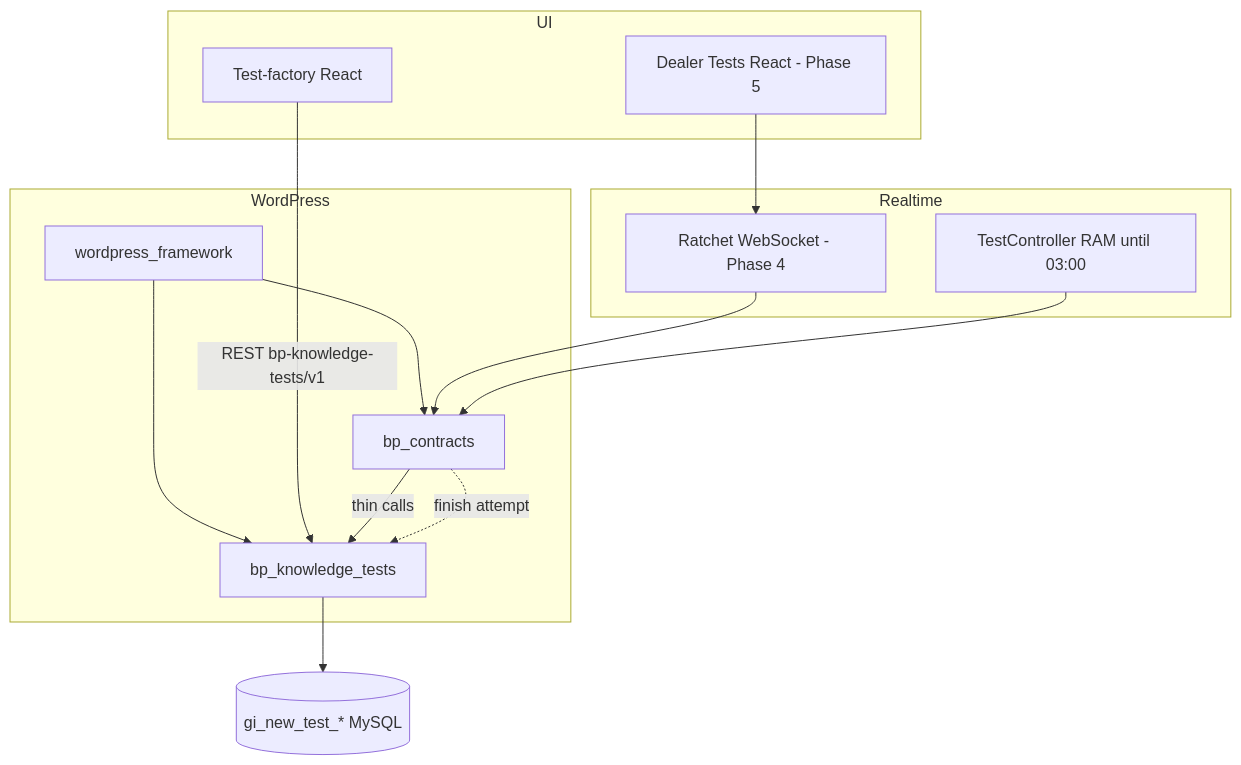
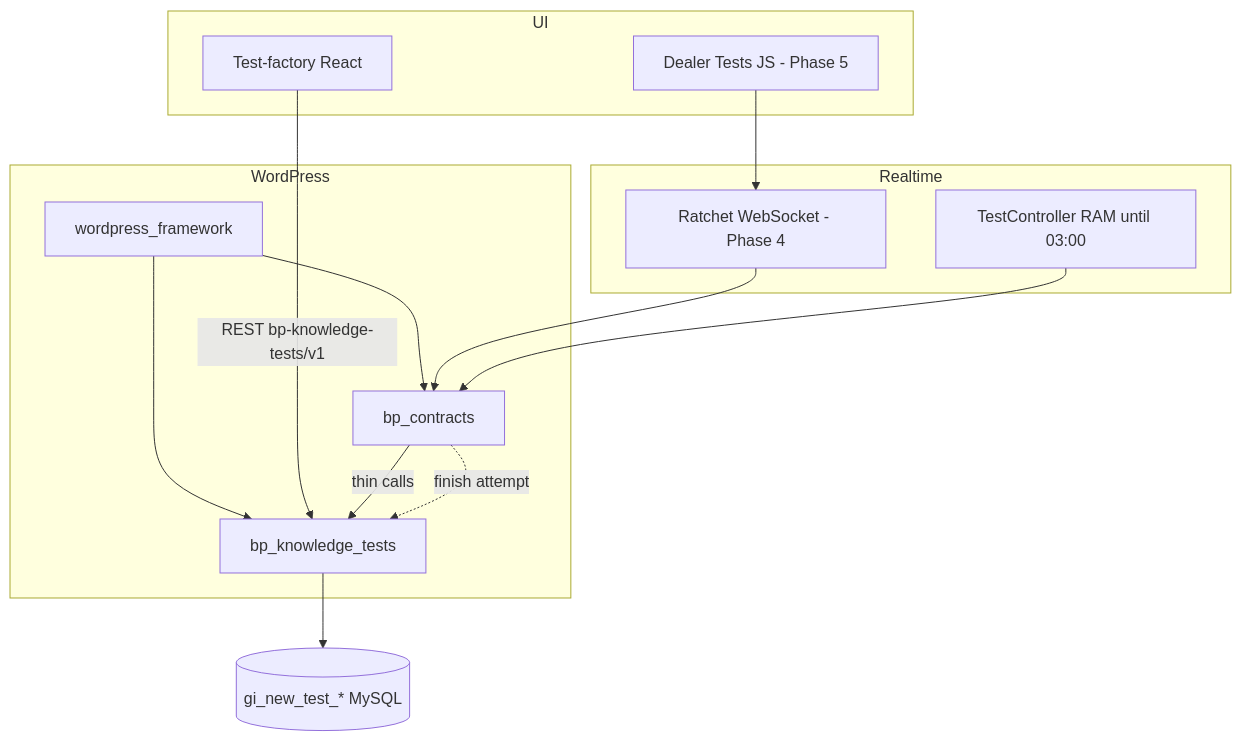
One commit to All-1/gi-by changed the diagram in public/wp-content/plugins/bp_knowledge_tests/PROJECT_CONTEXT.md. Above: the diagram before and after it, drawn with Mermaid. The commit also changed other lines of this file and 9 other files, not shown here.

````diff
--- a/public/wp-content/plugins/bp_knowledge_tests/PROJECT_CONTEXT.md
+++ b/public/wp-content/plugins/bp_knowledge_tests/PROJECT_CONTEXT.md
@@ -51,27 +51,27 @@
 ```mermaid
 flowchart TB
   subgraph wp [WordPress]
     KT[bp_knowledge_tests]
     BC[bp_contracts]
     FW[wordpress_framework]
   end
   subgraph ui [UI]
     AdminReact[Test-factory React]
-    DealerReact[Dealer Tests React - Phase 5]
+    DealerJS[Dealer Tests JS - Phase 5]
   end
   subgraph transport [Realtime]
     WS[Ratchet WebSocket - Phase 4]
     RAM[TestController RAM until 03:00]
   end
   DB[(gi_new_test_* MySQL)]
 
   FW --> KT
   FW --> BC
   AdminReact -->|REST bp-knowledge-tests/v1| KT
-  DealerReact --> WS
+  DealerJS --> WS
   WS --> BC
   BC -->|thin calls| KT
   RAM --> BC
   KT --> DB
   BC -.->|finish attempt| KT
 ```
````
